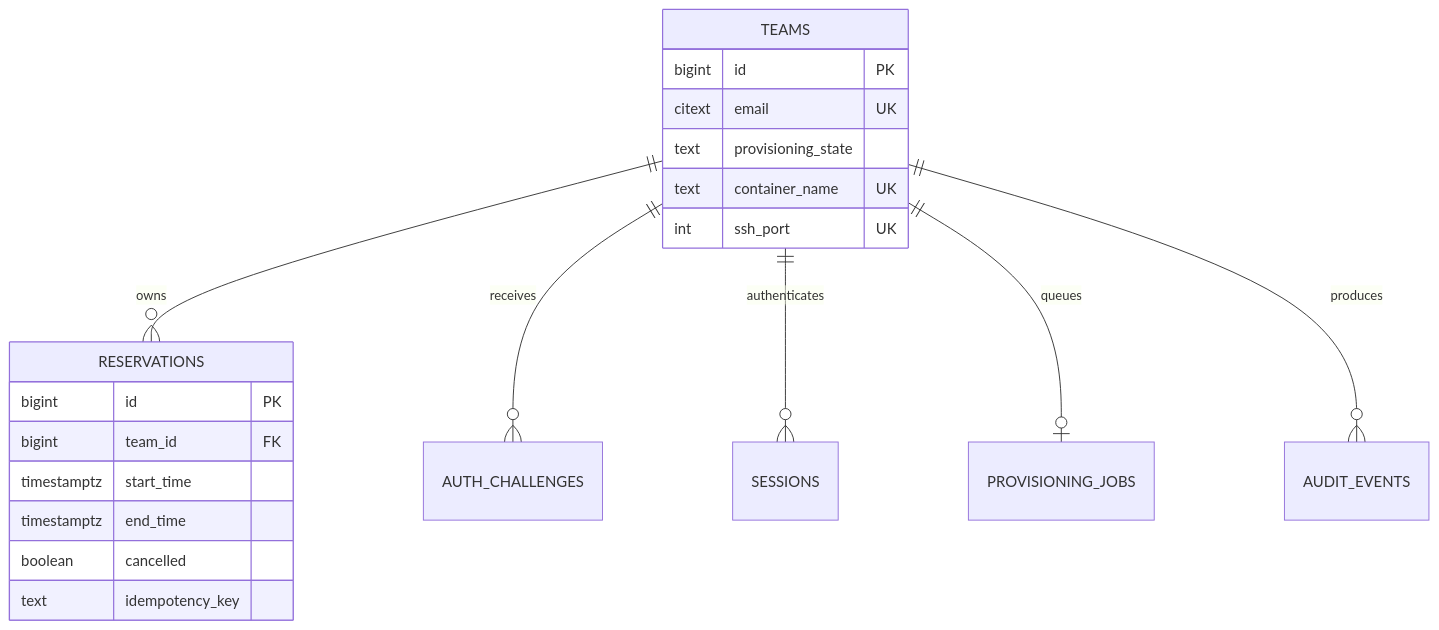
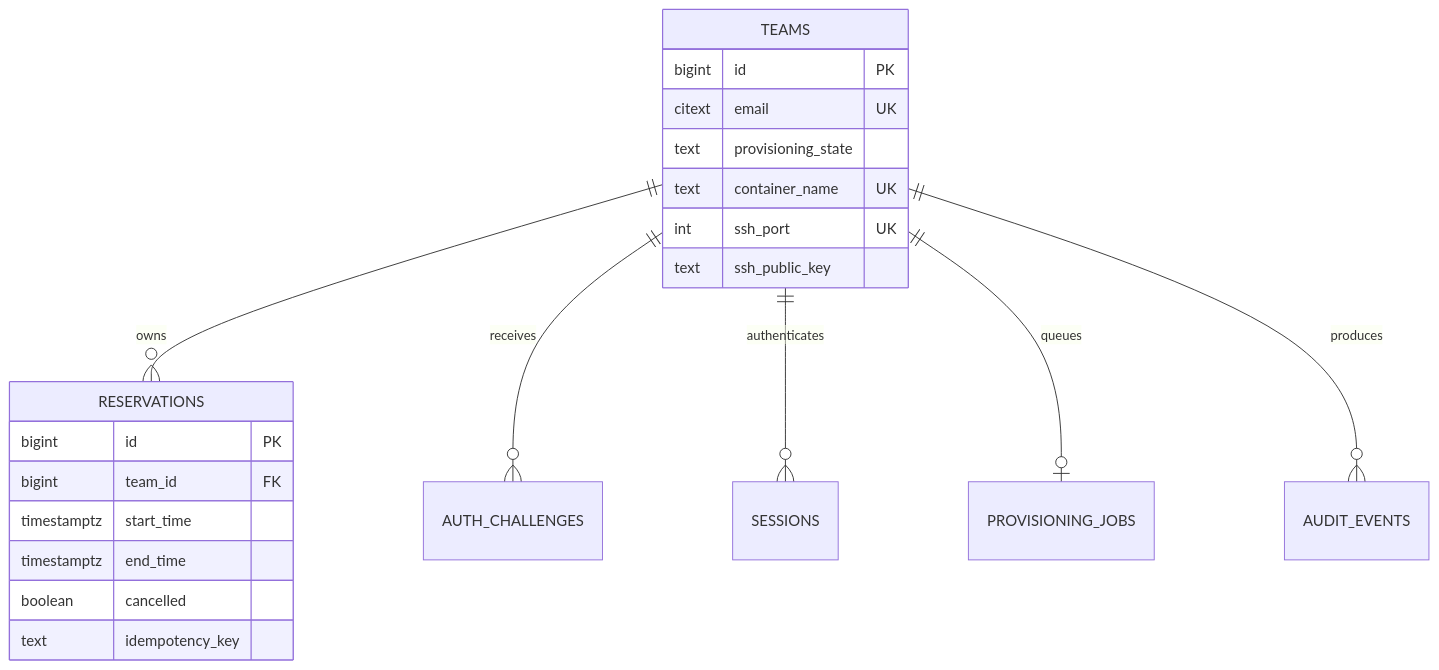
The diagram in docs/database.md (YashBhamare123/OpenGPU), drawn with Mermaid before and after one commit. The commit also changed other lines of this file and 26 other files, not shown here.

First line of the commit message:
Add one replaceable SSH public key per user.

````diff
--- a/docs/database.md
+++ b/docs/database.md
@@ -7,24 +7,25 @@
 ```mermaid
 erDiagram
     TEAMS ||--o{ RESERVATIONS : owns
     TEAMS ||--o{ AUTH_CHALLENGES : receives
     TEAMS ||--o{ SESSIONS : authenticates
     TEAMS ||--o| PROVISIONING_JOBS : queues
     TEAMS ||--o{ AUDIT_EVENTS : produces
 
     TEAMS {
       bigint id PK
       citext email UK
       text provisioning_state
       text container_name UK
       int ssh_port UK
+      text ssh_public_key
     }
     RESERVATIONS {
       bigint id PK
       bigint team_id FK
       timestamptz start_time
       timestamptz end_time
       boolean cancelled
       text idempotency_key
     }
 ```
````
